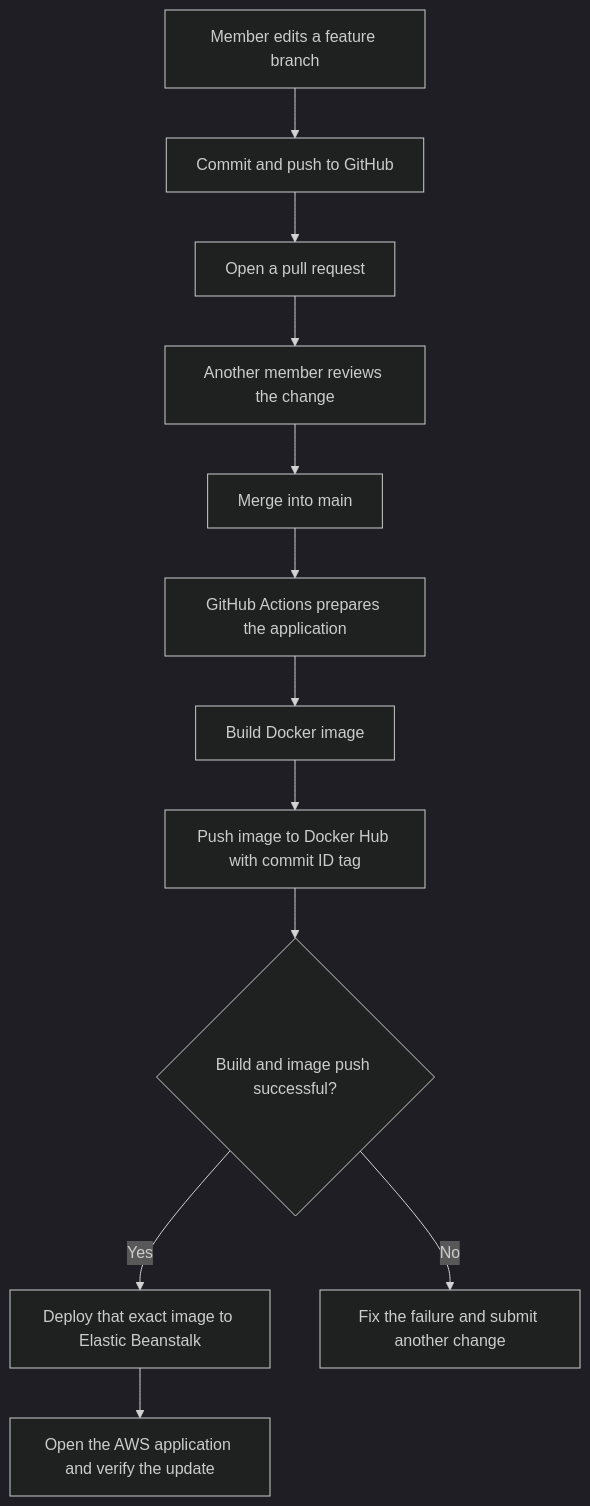
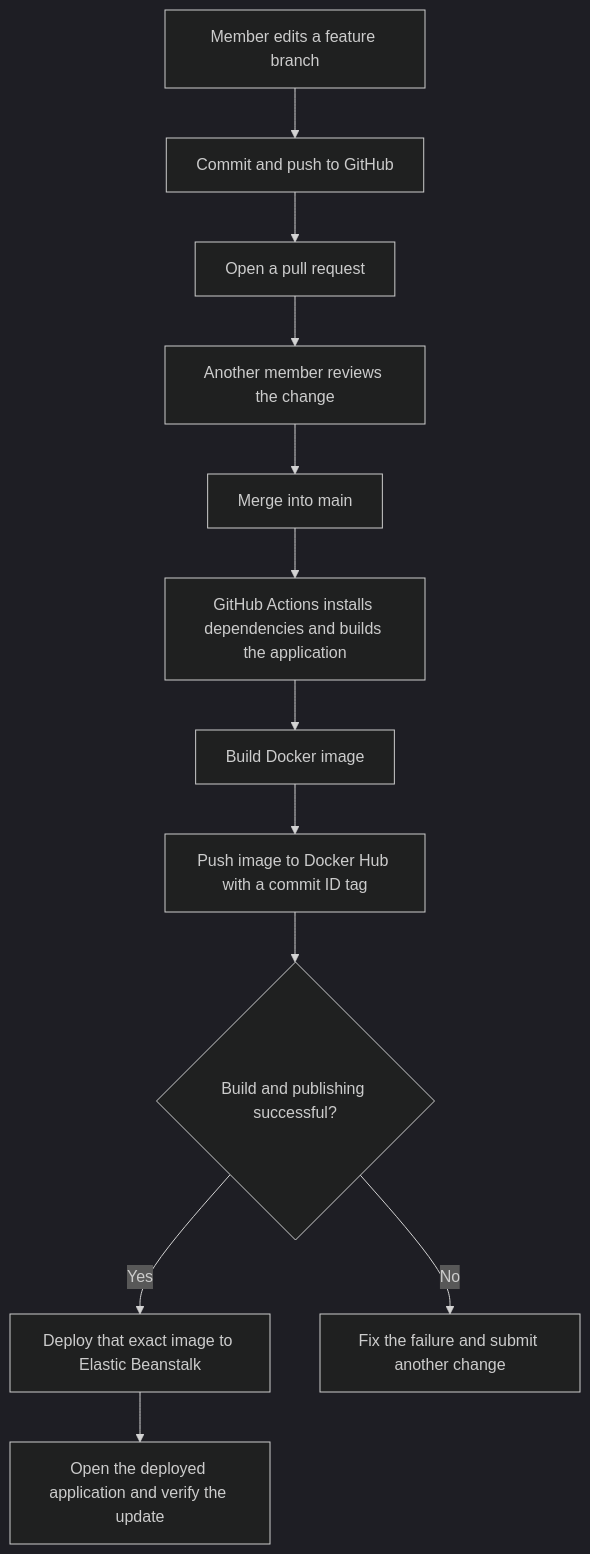
One commit to NixonSee/Student-Management-System changed the first of 2 diagrams in README.md. Above: the diagram before and after it, drawn with Mermaid (dark theme). The commit also changed other lines of this file, not shown here.

````diff
--- a/README.md
+++ b/README.md
@@ -38,14 +70,14 @@
 ```mermaid
 flowchart TD
     A[Member edits a feature branch] --> B[Commit and push to GitHub]
     B --> C[Open a pull request]
     C --> D[Another member reviews the change]
     D --> E[Merge into main]
-    E --> F[GitHub Actions prepares the application]
+    E --> F[GitHub Actions installs dependencies and builds the application]
     F --> G[Build Docker image]
-    G --> H[Push image to Docker Hub with commit ID tag]
-    H --> I{Build and image push successful?}
+    G --> H[Push image to Docker Hub with a commit ID tag]
+    H --> I{Build and publishing successful?}
     I -->|Yes| J[Deploy that exact image to Elastic Beanstalk]
     I -->|No| K[Fix the failure and submit another change]
-    J --> L[Open the AWS application and verify the update]
+    J --> L[Open the deployed application and verify the update]
 ```
````
